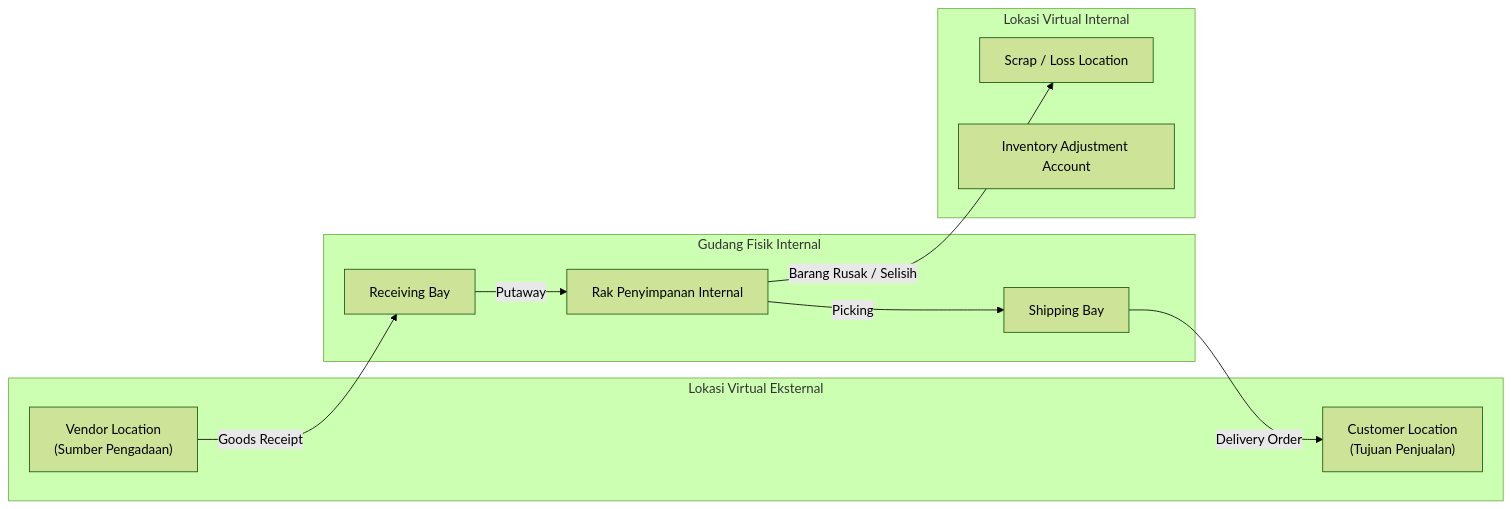
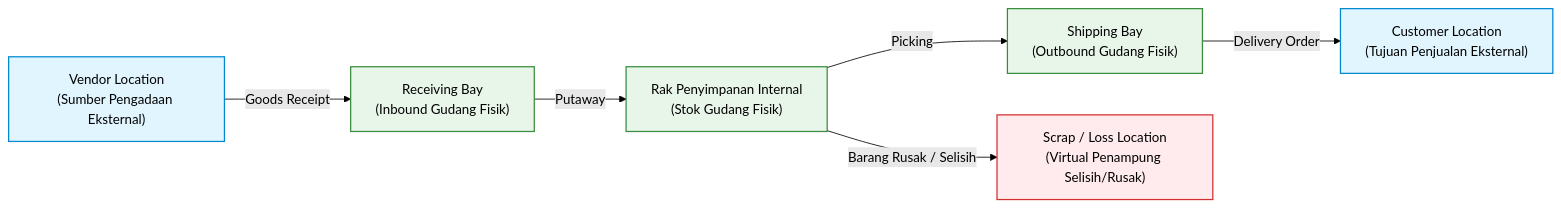
The second of 2 diagrams in content/05-inventory/warehouse-and-location.md (alimurrofid/erp-notes), drawn with Mermaid (forest theme) before and after one commit. The commit also changed 58 other files, not shown here.

Commit message:
fix(content):Mermaid Subgraph

````diff
--- a/content/05-inventory/warehouse-and-location.md
+++ b/content/05-inventory/warehouse-and-location.md
@@ -64,24 +64,23 @@
 ```mermaid
 flowchart LR
-    subgraph ExternalVirtual["Lokasi Virtual Eksternal"]
-        VendLoc["Vendor Location<br/>(Sumber Pengadaan)"]
-        CustLoc["Customer Location<br/>(Tujuan Penjualan)"]
-    end
-
-    subgraph PhysicalWH["Gudang Fisik Internal"]
-        RecLoc["Receiving Bay"]
-        StockLoc["Rak Penyimpanan Internal"]
-        ShipLoc["Shipping Bay"]
-    end
-
-    subgraph LossVirtual["Lokasi Virtual Internal"]
-        ScrapLoc["Scrap / Loss Location"]
-        InvAdjLoc["Inventory Adjustment Account"]
-    end
+    VendLoc["Vendor Location<br/>(Sumber Pengadaan Eksternal)"]
+    RecLoc["Receiving Bay<br/>(Inbound Gudang Fisik)"]
+    StockLoc["Rak Penyimpanan Internal<br/>(Stok Gudang Fisik)"]
+    ShipLoc["Shipping Bay<br/>(Outbound Gudang Fisik)"]
+    CustLoc["Customer Location<br/>(Tujuan Penjualan Eksternal)"]
+    ScrapLoc["Scrap / Loss Location<br/>(Virtual Penampung Selisih/Rusak)"]
 
     VendLoc -->|"Goods Receipt"| RecLoc
     RecLoc -->|"Putaway"| StockLoc
     StockLoc -->|"Picking"| ShipLoc
     ShipLoc -->|"Delivery Order"| CustLoc
     StockLoc -->|"Barang Rusak / Selisih"| ScrapLoc
+
+    classDef external fill:#e1f5fe,stroke:#0288d1,stroke-width:1.5px;
+    classDef physical fill:#e8f5e9,stroke:#388e3c,stroke-width:1.5px;
+    classDef loss fill:#ffebee,stroke:#d32f2f,stroke-width:1.5px;
+
+    class VendLoc,CustLoc external;
+    class RecLoc,StockLoc,ShipLoc physical;
+    class ScrapLoc loss;
 ```
````
